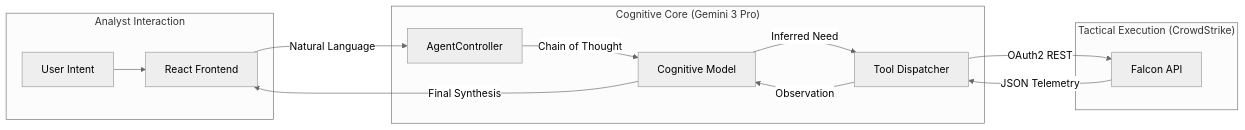
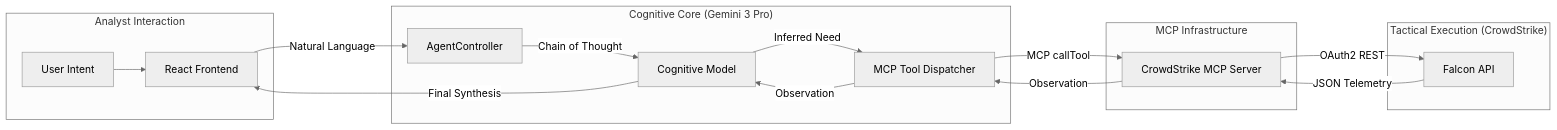
The first of 2 diagrams in DOCS.md (ritvikindupuri/Falcon-Intelligence), drawn with Mermaid (neutral theme) before and after one commit. The commit also changed other lines of this file and 13 other files, not shown here.

First line of the commit message:
feat: Integrate MCP infrastructure for AETHER

````diff
--- a/DOCS.md
+++ b/DOCS.md
@@ -25,20 +26,25 @@
 ```mermaid
 graph LR
     subgraph "Analyst Interaction"
         U[User Intent] --> UI[React Frontend]
     end
 
     subgraph "Cognitive Core (Gemini 3 Pro)"
         UI -->|Natural Language| AC[AgentController]
         AC -->|Chain of Thought| CM[Cognitive Model]
-        CM -->|Inferred Need| TD[Tool Dispatcher]
+        CM -->|Inferred Need| TD[MCP Tool Dispatcher]
+    end
+
+    subgraph "MCP Infrastructure"
+        TD -->|MCP callTool| MS[CrowdStrike MCP Server]
     end
 
     subgraph "Tactical Execution (CrowdStrike)"
-        TD -->|OAuth2 REST| CS[Falcon API]
-        CS -->|JSON Telemetry| TD
+        MS -->|OAuth2 REST| CS[Falcon API]
+        CS -->|JSON Telemetry| MS
     end
 
+    MS -->|Observation| TD
     TD -->|Observation| CM
     CM -->|Final Synthesis| UI
 ```
````
